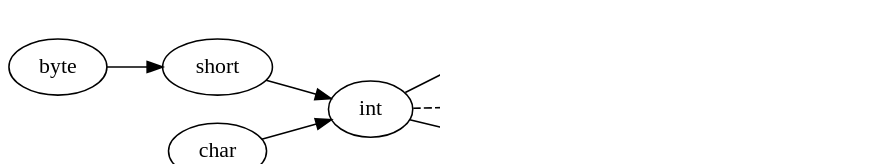
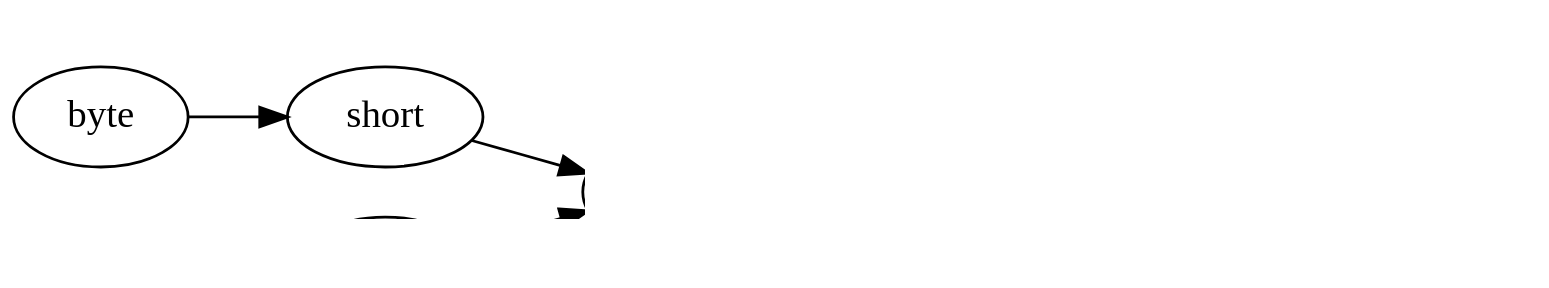
The first of 10 diagrams in slides02/src/main/asciidoc/lecture.adoc (inponomarev/java-mipt), drawn with Graphviz before and after one commit. The commit also changed other lines of this file and 2 other files, not shown here.

Commit message:
add diagrams

```diff
--- a/slides02/src/main/asciidoc/lecture.adoc
+++ b/slides02/src/main/asciidoc/lecture.adoc
@@ -146,16 +146,16 @@
 [graphviz, "casting.png"]
 -----
 digraph G {
- graph [ dpi = 150 ]; 
+ graph [ dpi = 200 ]; 
  rankdir="LR";
   byte -> short;
   short -> int;
   int -> long;
   char -> int;
   int -> double;
   float -> double;
   int -> float [style=dashed];
   long -> float [style=dashed];
   long -> double [style=dashed];
 }
 -----
```
